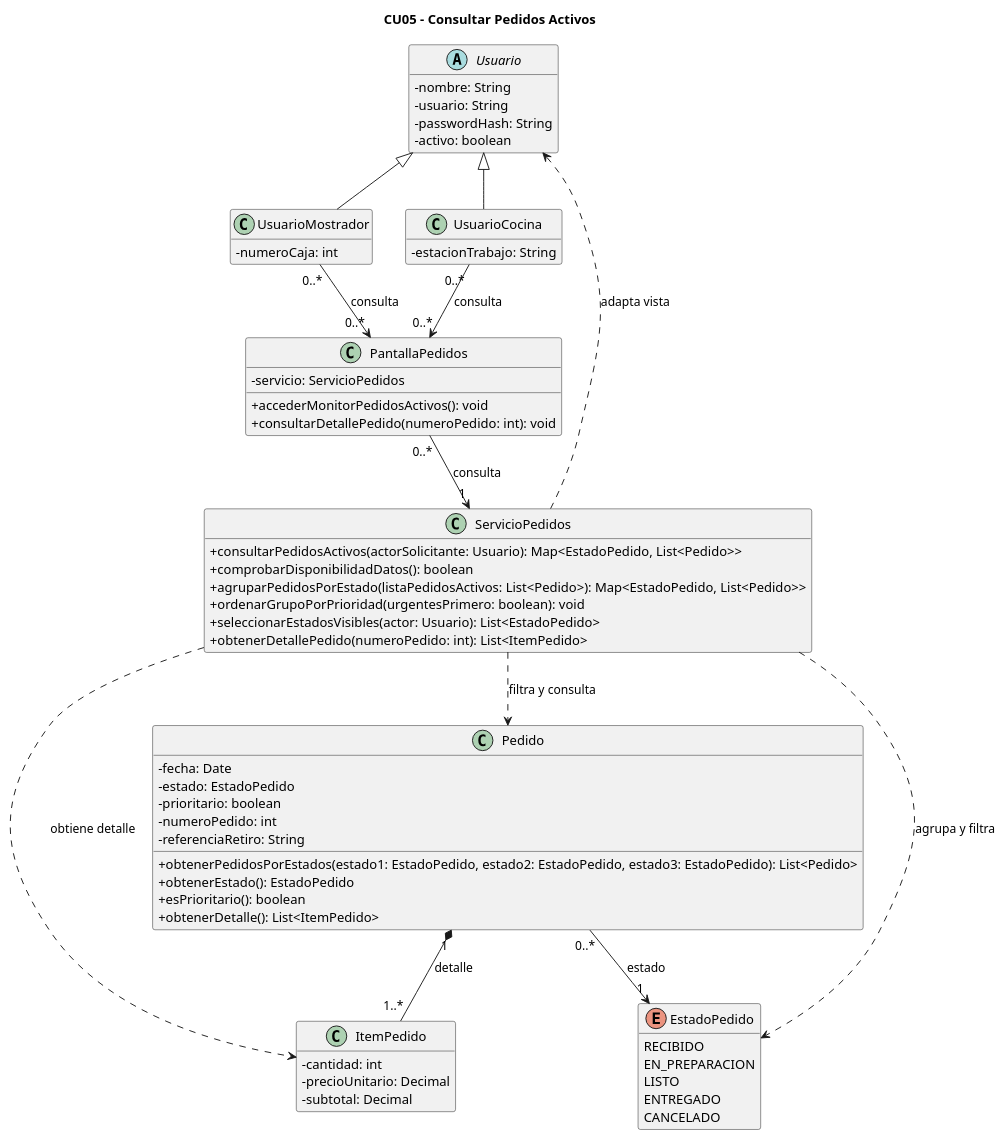
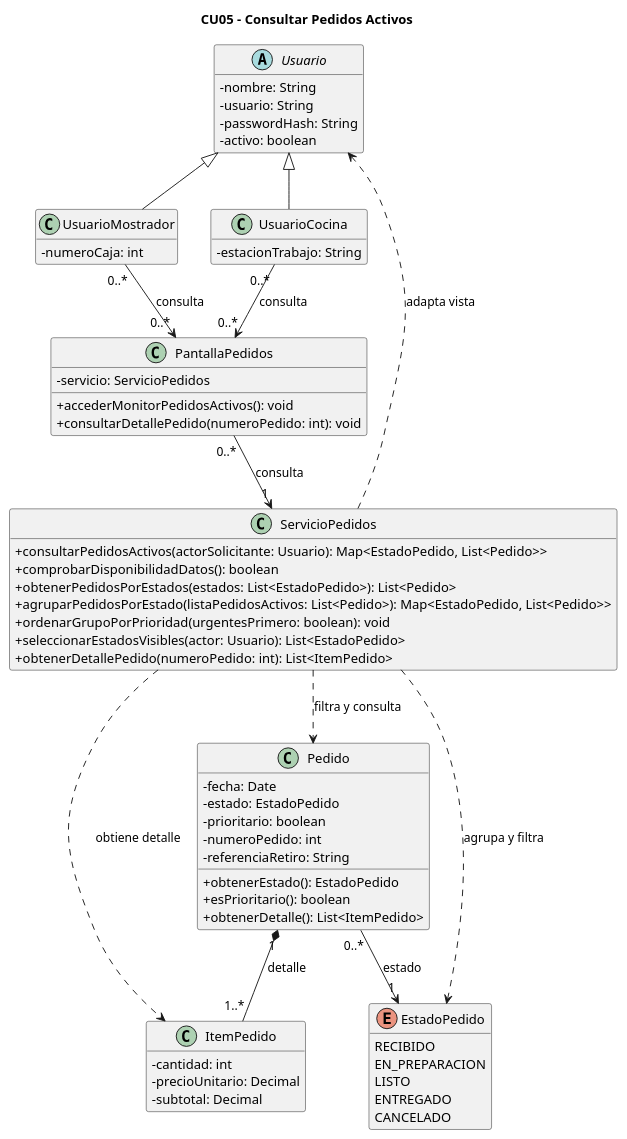
The diagram in diagramas/01-diagrama-clases/05-clases-consultar-pedidos-activos-05.puml (eloeyhe/SistemaPedidos), drawn with PlantUML before and after one commit. The commit also changed 38 other files, not shown here.

First line of the commit message:
fix: unifico contratos de CU1 a CU5 con el diagrama final y la política de pagos (RC25, RC26, RC27, RC28, RC29, RC30)

```diff
--- a/diagramas/01-diagrama-clases/05-clases-consultar-pedidos-activos-05.puml
+++ b/diagramas/01-diagrama-clases/05-clases-consultar-pedidos-activos-05.puml
@@ -1,76 +1,76 @@
-@startuml 05-clases-consultar-pedidos-activos-05
+@startuml
 title CU05 - Consultar Pedidos Activos
 skinparam classAttributeIconSize 0
 hide empty members
 
 abstract class Usuario {
   - nombre: String
   - usuario: String
   - passwordHash: String
   - activo: boolean
 }
 
 class UsuarioCocina {
   - estacionTrabajo: String
 }
 
 class UsuarioMostrador {
   - numeroCaja: int
 }
 
 class PantallaPedidos {
   - servicio: ServicioPedidos
   + accederMonitorPedidosActivos(): void
   + consultarDetallePedido(numeroPedido: int): void
 }
 
 class ServicioPedidos {
   + consultarPedidosActivos(actorSolicitante: Usuario): Map<EstadoPedido, List<Pedido>>
   + comprobarDisponibilidadDatos(): boolean
+  + obtenerPedidosPorEstados(estados: List<EstadoPedido>): List<Pedido>
   + agruparPedidosPorEstado(listaPedidosActivos: List<Pedido>): Map<EstadoPedido, List<Pedido>>
   + ordenarGrupoPorPrioridad(urgentesPrimero: boolean): void
   + seleccionarEstadosVisibles(actor: Usuario): List<EstadoPedido>
   + obtenerDetallePedido(numeroPedido: int): List<ItemPedido>
 }
 
 class Pedido {
   - fecha: Date
   - estado: EstadoPedido
   - prioritario: boolean
   - numeroPedido: int
   - referenciaRetiro: String
-  + obtenerPedidosPorEstados(estado1: EstadoPedido, estado2: EstadoPedido, estado3: EstadoPedido): List<Pedido>
   + obtenerEstado(): EstadoPedido
   + esPrioritario(): boolean
   + obtenerDetalle(): List<ItemPedido>
 }
 
 class ItemPedido {
   - cantidad: int
   - precioUnitario: Decimal
   - subtotal: Decimal
 }
 
 enum EstadoPedido {
   RECIBIDO
   EN_PREPARACION
   LISTO
   ENTREGADO
   CANCELADO
 }
 
 Usuario <|-- UsuarioCocina
 Usuario <|-- UsuarioMostrador
 
 UsuarioCocina "0..*" --> "0..*" PantallaPedidos : consulta
 UsuarioMostrador "0..*" --> "0..*" PantallaPedidos : consulta
 
 PantallaPedidos "0..*" --> "1" ServicioPedidos : consulta
 Pedido "0..*" --> "1" EstadoPedido : estado
 Pedido "1" *-- "1..*" ItemPedido : detalle
 
 ServicioPedidos ..> Pedido : filtra y consulta
 ServicioPedidos ..> EstadoPedido : agrupa y filtra
 ServicioPedidos ..> ItemPedido : obtiene detalle
 ServicioPedidos ..> Usuario : adapta vista
 @enduml
```
